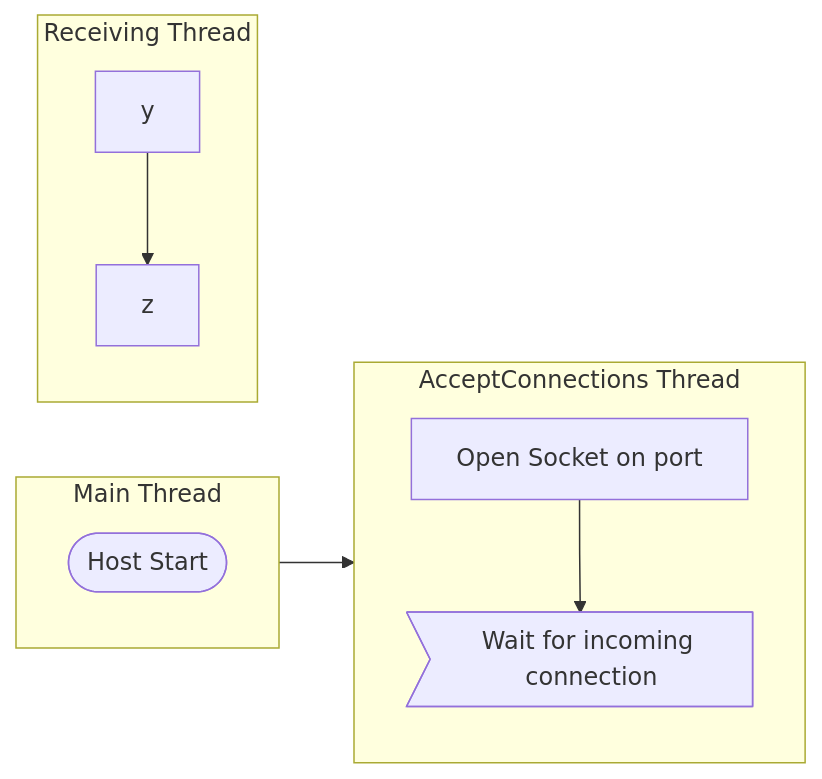
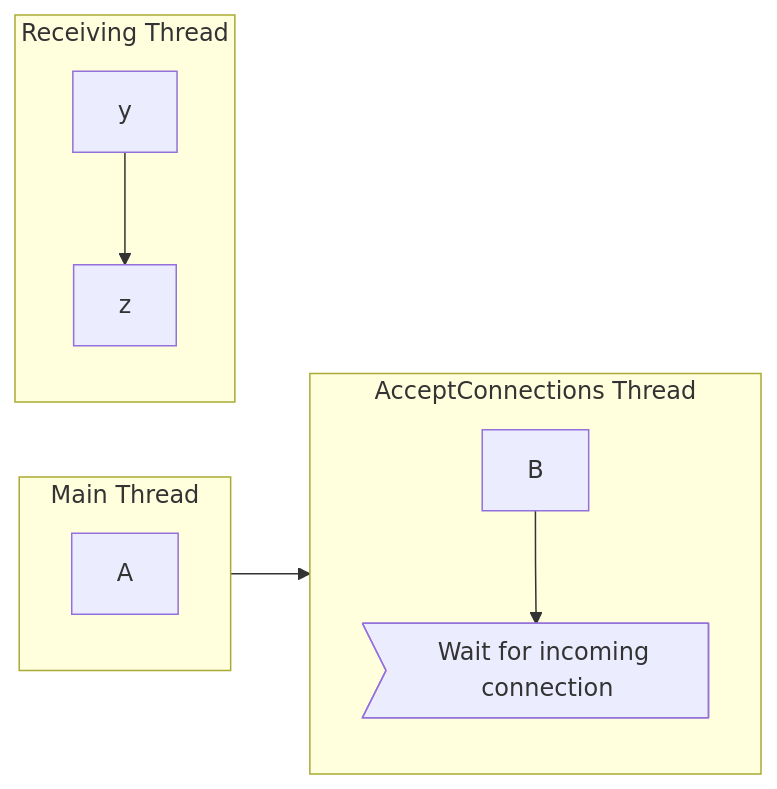
The diagram in README.md (GMcMichael/ThornNetworking), drawn with Mermaid before and after one commit.

````diff
--- a/README.md
+++ b/README.md
@@ -1,15 +1,15 @@
 ```mermaid
 flowchart LR
   subgraph acthread [AcceptConnections Thread]
     direction TB
     B-->F>Wait for incoming connection]
   end
   subgraph mt [Main Thread]
     direction TB
-    A([Host Start])-->B[Open Socket on port]
+    A-->B
   end
  subgraph rt [Receiving Thread]
   direction TB
   y-->z
  end
 ```
````
